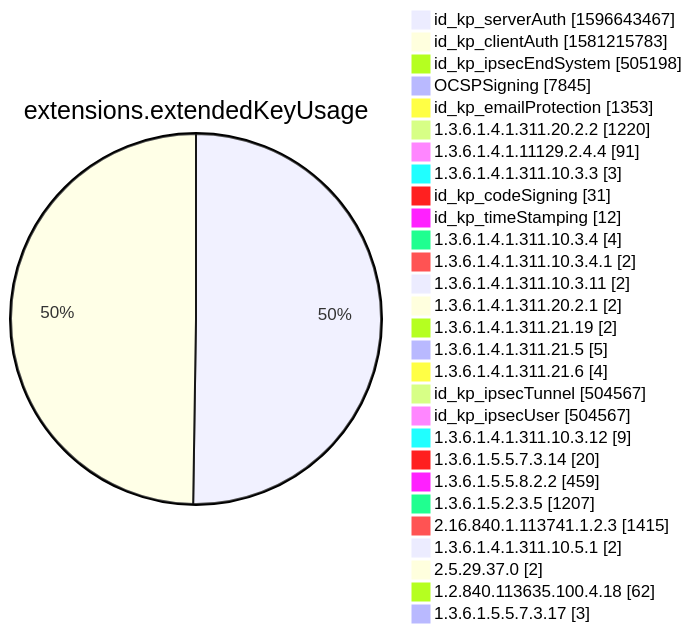
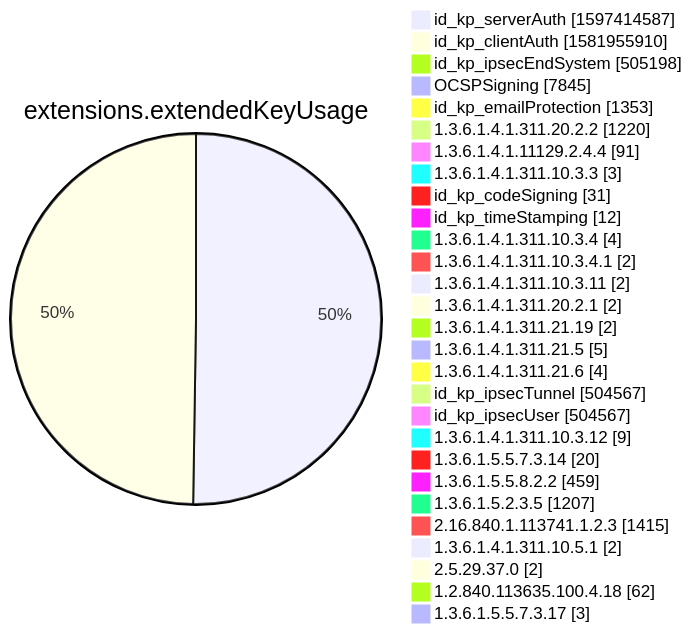
Diagram 12 of 15 in xenon2022/README.md (christiankrug/ctmonitor_visualization), drawn with Mermaid before and after one commit. The commit also changed other lines of this file, not shown here.

````diff
--- a/xenon2022/README.md
+++ b/xenon2022/README.md
@@ -3885,32 +3885,32 @@
 ```mermaid
 pie showData
 title extensions.extendedKeyUsage
-"id_kp_serverAuth" :1596643467
-"id_kp_clientAuth" :1581215783
+"id_kp_serverAuth" :1597414587
+"id_kp_clientAuth" :1581955910
 "id_kp_ipsecEndSystem" :505198
 "OCSPSigning" :7845
 "id_kp_emailProtection" :1353
 "1.3.6.1.4.1.311.20.2.2" :1220
 "1.3.6.1.4.1.11129.2.4.4" :91
 "1.3.6.1.4.1.311.10.3.3" :3
 "id_kp_codeSigning" :31
 "id_kp_timeStamping" :12
 "1.3.6.1.4.1.311.10.3.4" :4
 "1.3.6.1.4.1.311.10.3.4.1" :2
 "1.3.6.1.4.1.311.10.3.11" :2
 "1.3.6.1.4.1.311.20.2.1" :2
 "1.3.6.1.4.1.311.21.19" :2
 "1.3.6.1.4.1.311.21.5" :5
 "1.3.6.1.4.1.311.21.6" :4
 "id_kp_ipsecTunnel" :504567
 "id_kp_ipsecUser" :504567
 "1.3.6.1.4.1.311.10.3.12" :9
 "1.3.6.1.5.5.7.3.14" :20
 "1.3.6.1.5.5.8.2.2" :459
 "1.3.6.1.5.2.3.5" :1207
 "2.16.840.1.113741.1.2.3" :1415
 "1.3.6.1.4.1.311.10.5.1" :2
 "2.5.29.37.0" :2
 "1.2.840.113635.100.4.18" :62
 "1.3.6.1.5.5.7.3.17" :3
 ```
````
